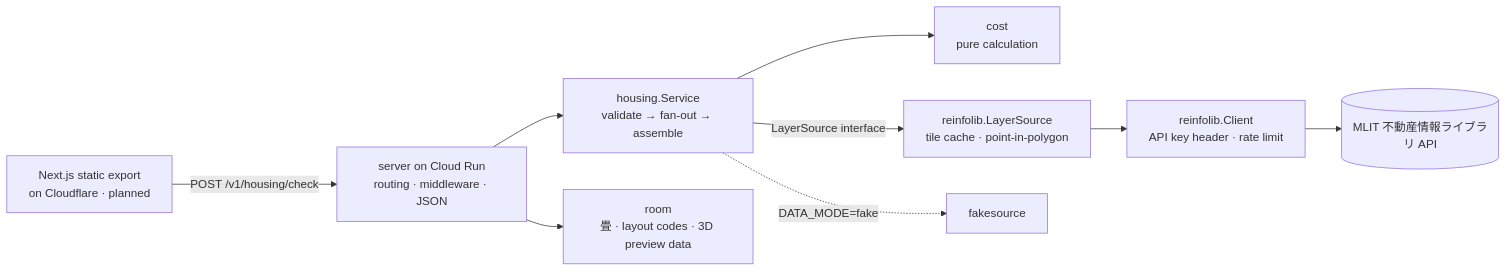
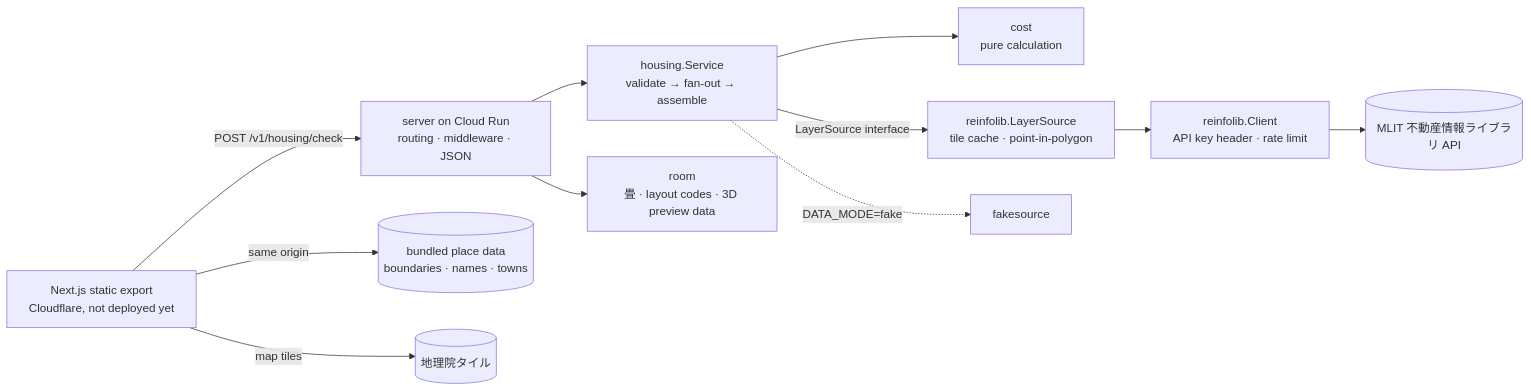
The diagram in README.md (jjoonii34/Kurashi-nav), drawn with Mermaid before and after one commit. The commit also changed other lines of this file and 64 other files, not shown here.

````diff
--- a/README.md
+++ b/README.md
@@ -92,11 +92,13 @@
 ```mermaid
 flowchart LR
-  FE[Next.js static export<br/>on Cloudflare · planned] -->|POST /v1/housing/check| S[server on Cloud Run<br/>routing · middleware · JSON]
+  FE[Next.js static export<br/>Cloudflare, not deployed yet] -->|POST /v1/housing/check| S[server on Cloud Run<br/>routing · middleware · JSON]
+  FE -->|same origin| D[(bundled place data<br/>boundaries · names · towns)]
+  FE -->|map tiles| GSI[(地理院タイル)]
   S --> H[housing.Service<br/>validate → fan-out → assemble]
   H --> C[cost<br/>pure calculation]
   S --> RM[room<br/>畳 · layout codes · 3D preview data]
   H -->|LayerSource interface| R[reinfolib.LayerSource<br/>tile cache · point-in-polygon]
   H -.->|DATA_MODE=fake| F[fakesource]
   R --> CL[reinfolib.Client<br/>API key header · rate limit]
   CL --> MLIT[(MLIT 不動産情報ライブラリ API)]
 ```
````
